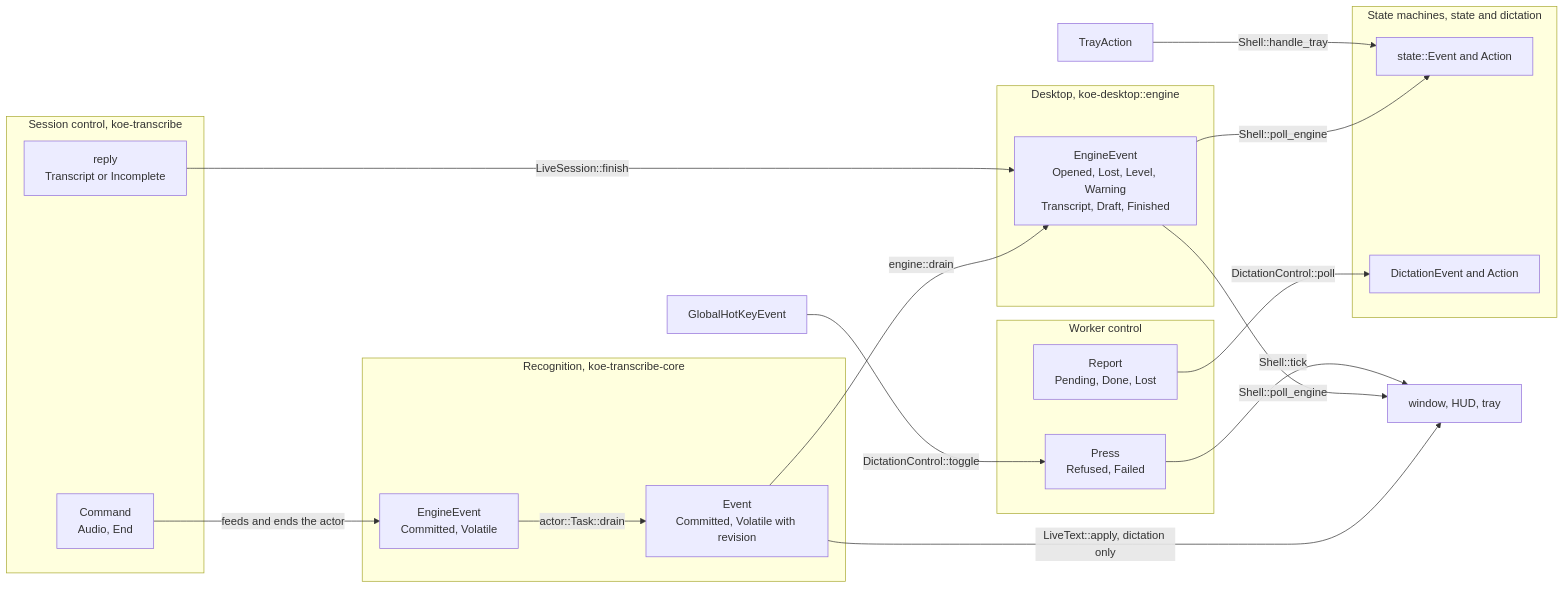
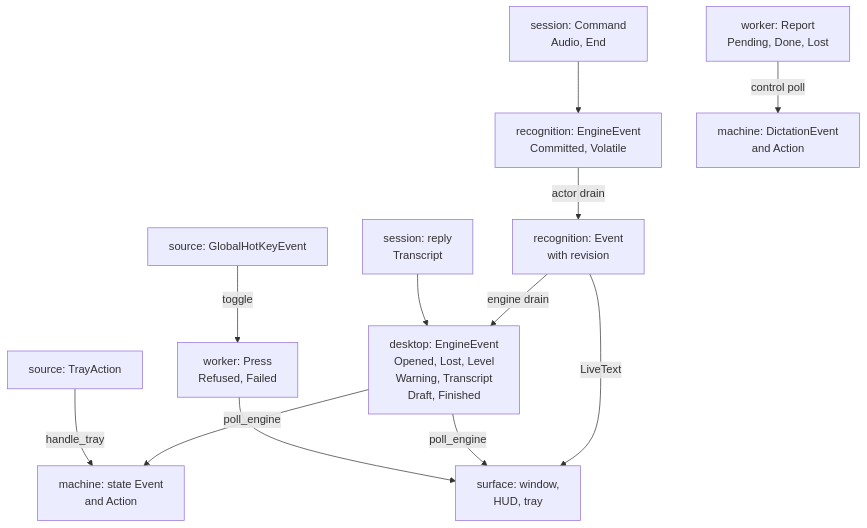
The third of 6 diagrams in apps/koe-desktop/ARCHITECTURE.md (mokmok-dev/koe), drawn with Mermaid before and after one commit. The commit also changed other lines of this file, not shown here.

First line of the commit message:
docs(desktop): keep every diagram inside GitHub's column

````diff
--- a/apps/koe-desktop/ARCHITECTURE.md
+++ b/apps/koe-desktop/ARCHITECTURE.md
@@ -159,42 +146,27 @@
 ```mermaid
-flowchart LR
-    subgraph rec["Recognition, koe-transcribe-core"]
-        CE["EngineEvent<br/>Committed, Volatile"]
-        CEv["Event<br/>Committed, Volatile with revision"]
-    end
+flowchart TD
+    CMD["session: Command<br/>Audio, End"]
+    CE["recognition: EngineEvent<br/>Committed, Volatile"]
+    CEv["recognition: Event<br/>with revision"]
+    REPLY["session: reply<br/>Transcript"]
+    DE["desktop: EngineEvent<br/>Opened, Lost, Level<br/>Warning, Transcript<br/>Draft, Finished"]
+    SE["machine: state Event<br/>and Action"]
+    DDE["machine: DictationEvent<br/>and Action"]
+    REPT["worker: Report<br/>Pending, Done, Lost"]
+    PRESS["worker: Press<br/>Refused, Failed"]
+    TA["source: TrayAction"]
+    HKEV["source: GlobalHotKeyEvent"]
+    SURF["surface: window,<br/>HUD, tray"]
 
-    subgraph ses["Session control, koe-transcribe"]
-        CMD["Command<br/>Audio, End"]
-        REPLY["reply<br/>Transcript or Incomplete"]
-    end
-
-    subgraph desk["Desktop, koe-desktop::engine"]
-        DE["EngineEvent<br/>Opened, Lost, Level, Warning<br/>Transcript, Draft, Finished"]
-    end
-
-    subgraph mach["State machines, state and dictation"]
-        SE["state::Event and Action"]
-        DDE["DictationEvent and Action"]
-    end
-
-    subgraph work["Worker control"]
-        REPT["Report<br/>Pending, Done, Lost"]
-        PRESS["Press<br/>Refused, Failed"]
-    end
-
-    TA["TrayAction"]
-    HKEV["GlobalHotKeyEvent"]
-    SURF["window, HUD, tray"]
-
-    CMD -->|"feeds and ends the actor"| CE
-    CE -->|"actor::Task::drain"| CEv
-    CEv -->|"engine::drain"| DE
-    CEv -->|"LiveText::apply, dictation only"| SURF
-    REPLY -->|"LiveSession::finish"| DE
-    DE -->|"Shell::poll_engine"| SE
-    DE -->|"Shell::poll_engine"| SURF
-    REPT -->|"DictationControl::poll"| DDE
-    PRESS -->|"Shell::tick"| SURF
-    TA -->|"Shell::handle_tray"| SE
-    HKEV -->|"DictationControl::toggle"| PRESS
+    CMD --> CE
+    CE -->|"actor drain"| CEv
+    CEv -->|"engine drain"| DE
+    CEv -->|"LiveText"| SURF
+    REPLY --> DE
+    DE -->|"poll_engine"| SE
+    DE -->|"poll_engine"| SURF
+    REPT -->|"control poll"| DDE
+    PRESS --> SURF
+    TA -->|"handle_tray"| SE
+    HKEV -->|"toggle"| PRESS
 ```
````
